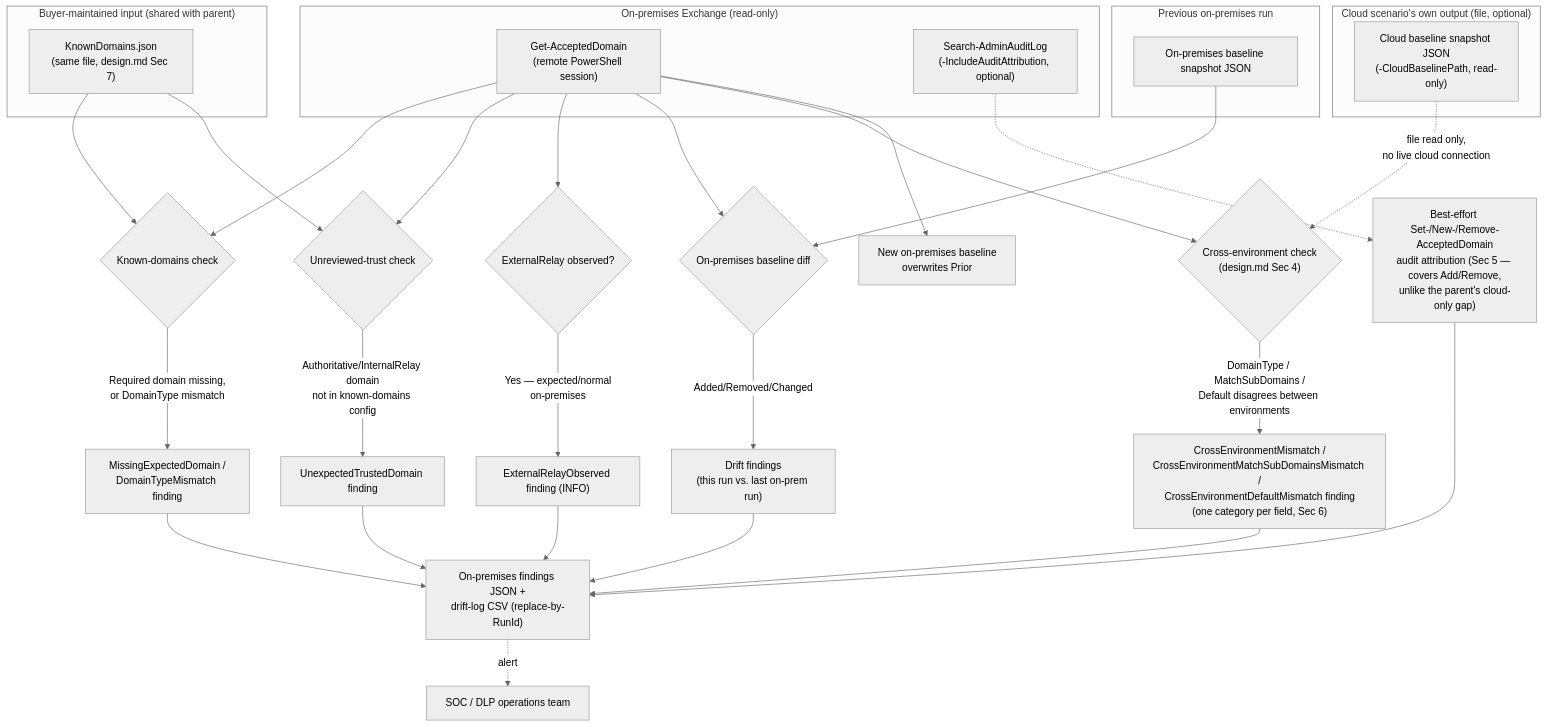
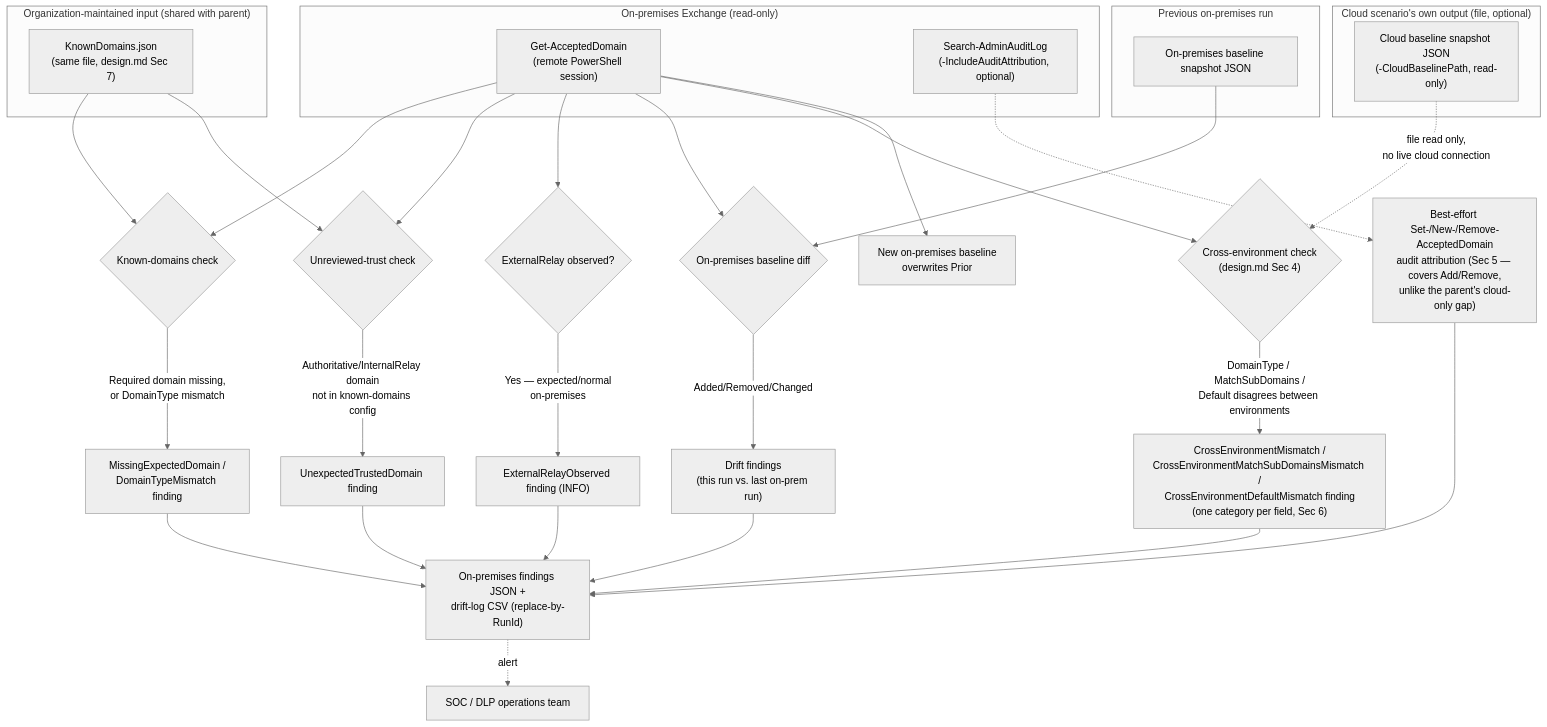
Before and after one commit to kpsec1/purview-scenario-library: the diagram in scenarios/dlp/accepted-domains-hygiene-check-on-premises/README.md, drawn with Mermaid (neutral theme). The commit also changed other lines of this file and 237 other files, not shown here.

````diff
--- a/scenarios/dlp/accepted-domains-hygiene-check-on-premises/README.md
+++ b/scenarios/dlp/accepted-domains-hygiene-check-on-premises/README.md
@@ -58,41 +58,41 @@
 ```mermaid
 flowchart TD
     subgraph OnPrem["On-premises Exchange (read-only)"]
         AD["Get-AcceptedDomain<br/>(remote PowerShell session)"]
         AAL["Search-AdminAuditLog<br/>(-IncludeAuditAttribution, optional)"]
     end
-    subgraph Config["Buyer-maintained input (shared with parent)"]
+    subgraph Config["Organization-maintained input (shared with parent)"]
         KD["KnownDomains.json<br/>(same file, design.md Sec 7)"]
     end
     subgraph Prior["Previous on-premises run"]
         BL["On-premises baseline snapshot JSON"]
     end
     subgraph CloudFile["Cloud scenario's own output (file, optional)"]
         CBL["Cloud baseline snapshot JSON<br/>(-CloudBaselinePath, read-only)"]
     end
 
     AD --> C1{"Known-domains check"}
     KD --> C1
     C1 -- "Required domain missing,<br/>or DomainType mismatch" --> F1["MissingExpectedDomain /<br/>DomainTypeMismatch finding"]
 
     AD --> C2{"Unreviewed-trust check"}
     KD --> C2
     C2 -- "Authoritative/InternalRelay domain<br/>not in known-domains config" --> F2[UnexpectedTrustedDomain finding]
 
     AD --> C3{ExternalRelay observed?}
     C3 -- "Yes — expected/normal<br/>on-premises" --> F3["ExternalRelayObserved finding (INFO)"]
 
     AD --> C4{"On-premises baseline diff"}
     BL --> C4
     C4 -- Added/Removed/Changed --> F4["Drift findings<br/>(this run vs. last on-prem run)"]
 
     AD --> C5{"Cross-environment check<br/>(design.md Sec 4)"}
     CBL -. "file read only,<br/>no live cloud connection" .-> C5
     C5 -- "DomainType / MatchSubDomains /<br/>Default disagrees between environments" --> F5["CrossEnvironmentMismatch /<br/>CrossEnvironmentMatchSubDomainsMismatch /<br/>CrossEnvironmentDefaultMismatch finding<br/>(one category per field, Sec 6)"]
 
     AAL -.-> F6["Best-effort Set-/New-/Remove-AcceptedDomain<br/>audit attribution (Sec 5 — covers Add/Remove,<br/>unlike the parent's cloud-only gap)"]
 
     F1 & F2 & F3 & F4 & F5 & F6 --> R["On-premises findings JSON +<br/>drift-log CSV (replace-by-RunId)"]
     AD --> BLNEW["New on-premises baseline<br/>overwrites Prior"]
     R -.alert.-> SOC["SOC / DLP operations team"]
 ```
````
